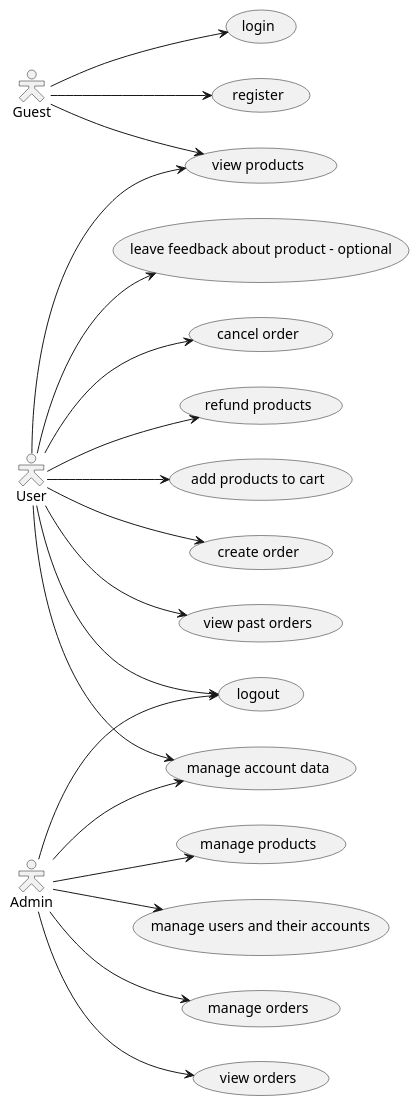
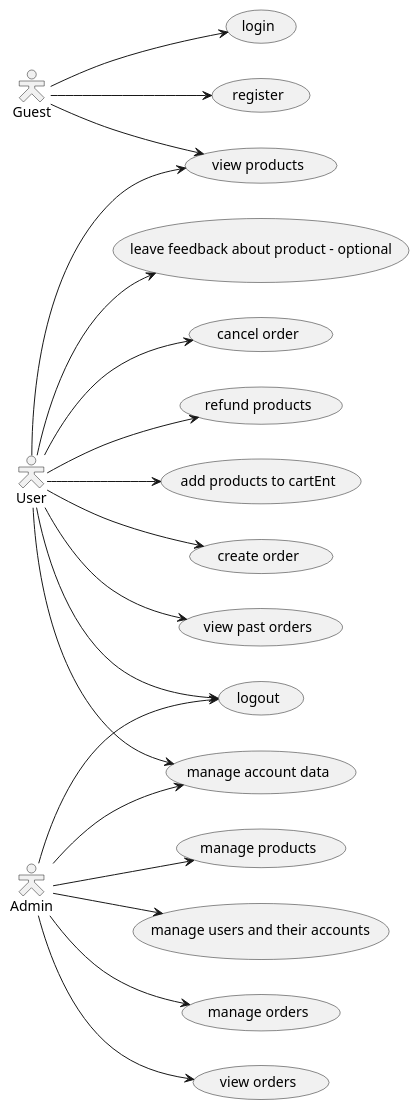
Before and after one commit to SzymonZiemecki/TKS: the diagram in docs/ADL_use_case_diagram.puml, drawn with PlantUML. The commit also changed 59 other files, not shown here.

```diff
--- a/docs/ADL_use_case_diagram.puml
+++ b/docs/ADL_use_case_diagram.puml
@@ -1,32 +1,32 @@
 @startuml
 left to right direction
 skinparam actorStyle hollow
 /'Guest'/
 
 Guest --> (view products)
 Guest --> (register)
 Guest --> (login)
 
 /'User - authenticated'/
 User --> (view products)
-User --> (add products to cart)
+User --> (add products to cartEnt)
 User --> (create order)
 User --> (manage account data)
 User --> (view past orders)
 User --> (leave feedback about product - optional)
 User --> (cancel order)
 User --> (refund products)
 User --> (logout)
 
 /'Admin - shop executive'/
 
 Admin --> (manage users and their accounts)
 Admin --> (manage orders)
 Admin --> (view orders)
 Admin --> (manage account data)
 Admin --> (manage products)
 Admin --> (logout)
 
 
 
 @enduml
```
